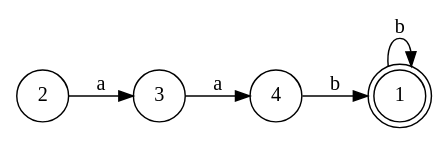
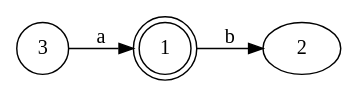
The diagram in output/min-dfa/min-dfa.gv (ZiadSheriif/AutoMajestic), drawn with Graphviz before and after one commit. The commit also changed 27 other files, not shown here.

```diff
--- a/output/min-dfa/min-dfa.gv
+++ b/output/min-dfa/min-dfa.gv
@@ -1,11 +1,7 @@
 digraph MIN_DFA {
 	1 [shape=doublecircle]
-	1 -> 1 [label=b]
-	2 [shape=circle]
-	2 -> 3 [label=a]
+	1 -> 2 [label=b]
 	3 [shape=circle]
-	3 -> 4 [label=a]
-	4 [shape=circle]
-	4 -> 1 [label=b]
+	3 -> 1 [label=a]
 	rankdir=LR
 }
```
